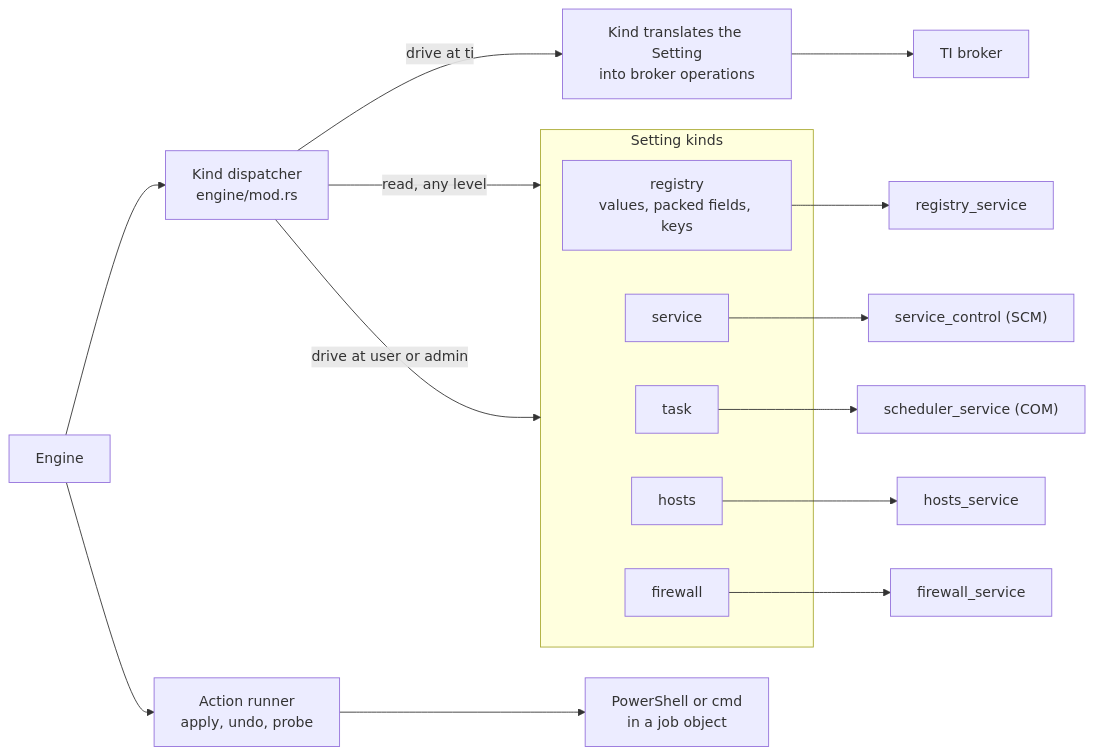
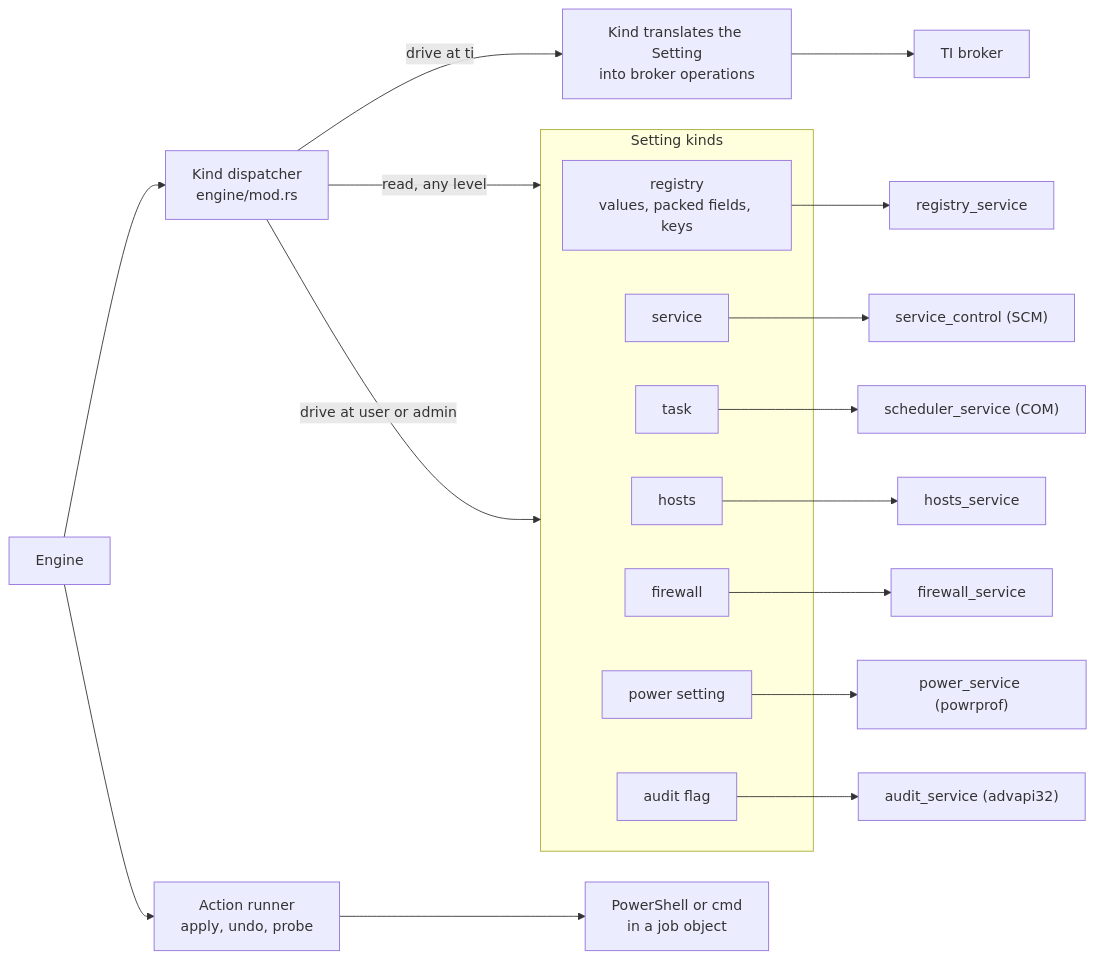
The diagram in docs/architecture/tweak/effect-kinds.md (ehsan18t/magicx-toolbox-gui), drawn with Mermaid before and after one commit. The commit also changed other lines of this file and 245 other files, not shown here.

First line of the commit message:
feat: modernize the stack, harden startup and self-update, add native power and audit kinds (#36)

````diff
--- a/docs/architecture/tweak/effect-kinds.md
+++ b/docs/architecture/tweak/effect-kinds.md
@@ -11,21 +11,25 @@
 ```mermaid
 flowchart LR
   Engine["Engine"] --> Dispatch["Kind dispatcher<br/>engine/mod.rs"]
   Dispatch -->|"read, any level"| Kinds
   Dispatch -->|"drive at user or admin"| Kinds
   Dispatch -->|"drive at ti"| Translate["Kind translates the Setting<br/>into broker operations"] --> Broker["TI broker"]
   subgraph Kinds["Setting kinds"]
     Reg["registry<br/>values, packed fields, keys"]
     Svc["service"]
     Task["task"]
     Hosts["hosts"]
     Fw["firewall"]
+    Pow["power setting"]
+    Aud["audit flag"]
   end
   Engine --> Action["Action runner<br/>apply, undo, probe"]
   Reg --> RegSvc["registry_service"]
   Svc --> SCM["service_control (SCM)"]
   Task --> Sched["scheduler_service (COM)"]
   Hosts --> HostsSvc["hosts_service"]
   Fw --> FwSvc["firewall_service"]
+  Pow --> PowSvc["power_service (powrprof)"]
+  Aud --> AudSvc["audit_service (advapi32)"]
   Action --> Proc["PowerShell or cmd<br/>in a job object"]
 ```
````
